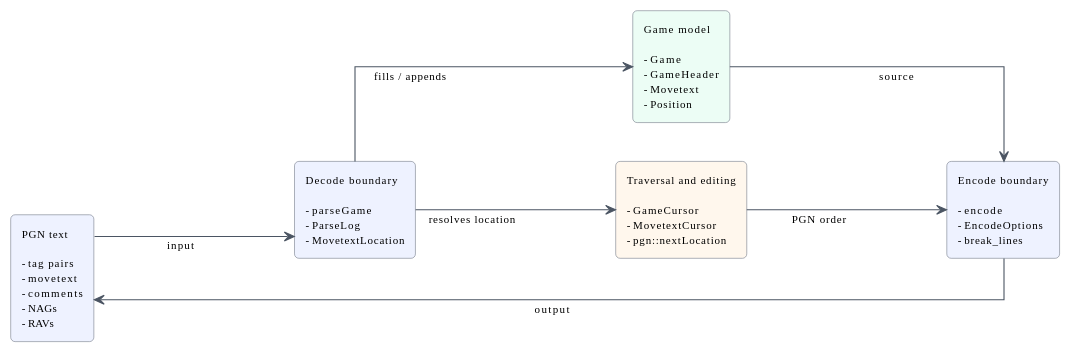
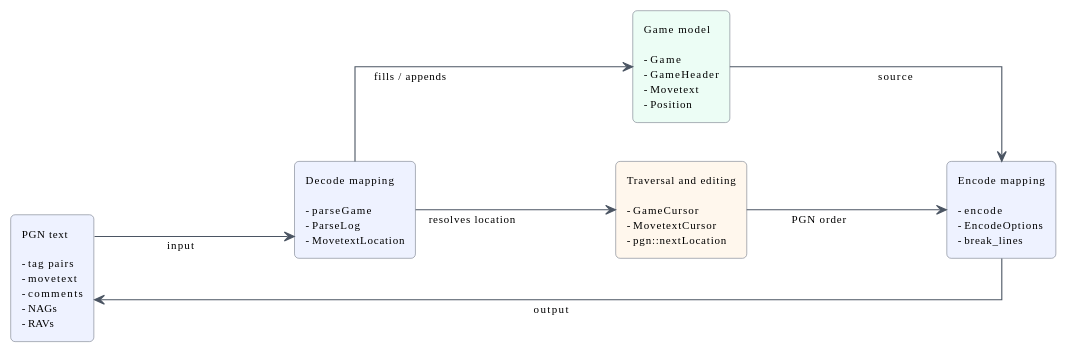
One commit to bahmanm/libscid changed the first of 2 diagrams in docs/architecture/core-pgn.md. Above: the diagram before and after it, drawn with PlantUML. The commit also changed other lines of this file and 9 other files, not shown here.

```diff
--- a/docs/architecture/core-pgn.md
+++ b/docs/architecture/core-pgn.md
@@ -22,31 +20,31 @@
 @startuml core-pgn
 skinparam backgroundColor #FFFFFF
 skinparam shadowing false
 skinparam linetype ortho
 skinparam defaultFontName Cantarel
 skinparam defaultFontSize 10
 skinparam roundcorner 8
 skinparam ArrowColor #4B5563
 skinparam RectangleBorderColor #6B7280
 skinparam RectangleBackgroundColor #F9FAFB
 
 left to right direction
 
 rectangle "PGN text\n\n- <font:Source Code Pro>tag pairs</font>\n- <font:Source Code Pro>movetext</font>\n- <font:Source Code Pro>comments</font>\n- <font:Source Code Pro>NAGs</font>\n- <font:Source Code Pro>RAVs</font>" as PgnText #EEF2FF
 
-rectangle "Decode boundary\n\n- <font:Source Code Pro>parseGame</font>\n- <font:Source Code Pro>ParseLog</font>\n- <font:Source Code Pro>MovetextLocation</font>" as Decode #EEF2FF
+rectangle "Decode mapping\n\n- <font:Source Code Pro>parseGame</font>\n- <font:Source Code Pro>ParseLog</font>\n- <font:Source Code Pro>MovetextLocation</font>" as Decode #EEF2FF
 
 rectangle "Game model\n\n- <font:Source Code Pro>Game</font>\n- <font:Source Code Pro>GameHeader</font>\n- <font:Source Code Pro>Movetext</font>\n- <font:Source Code Pro>Position</font>" as GameModel #ECFDF5
 
 rectangle "Traversal and editing\n\n- <font:Source Code Pro>GameCursor</font>\n- <font:Source Code Pro>MovetextCursor</font>\n- <font:Source Code Pro>pgn::nextLocation</font>" as Traversal #FFF7ED
 
-rectangle "Encode boundary\n\n- <font:Source Code Pro>encode</font>\n- <font:Source Code Pro>EncodeOptions</font>\n- <font:Source Code Pro>break_lines</font>" as Encode #EEF2FF
+rectangle "Encode mapping\n\n- <font:Source Code Pro>encode</font>\n- <font:Source Code Pro>EncodeOptions</font>\n- <font:Source Code Pro>break_lines</font>" as Encode #EEF2FF
 
 PgnText ----> Decode : input
 Decode ----> GameModel : fills / appends
 Decode ----> Traversal : resolves location
 
 GameModel ----> Encode : source
 Traversal ----> Encode : PGN order
 Encode ----> PgnText : output
 @enduml
```
